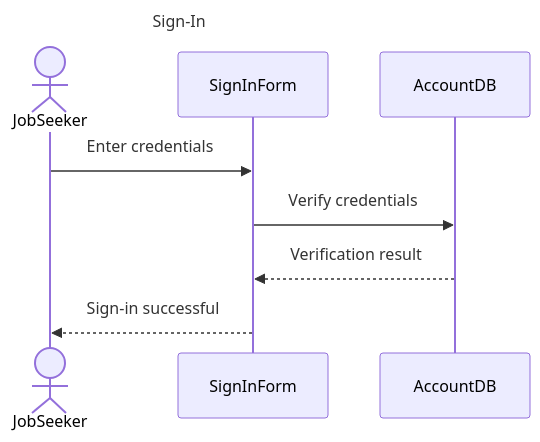
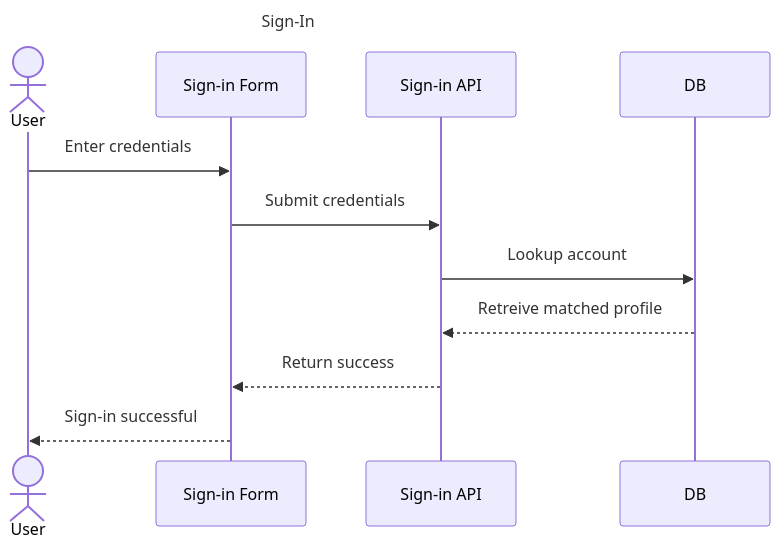
Before and after one commit to emd5953/NextStep: the diagram in docs/all-diagrams-source-files/sequence-diagrams/sign-in.md, drawn with Mermaid. The commit also changed 40 other files, not shown here.

Commit message:
updated diagrams

````diff
--- a/docs/all-diagrams-source-files/sequence-diagrams/sign-in.md
+++ b/docs/all-diagrams-source-files/sequence-diagrams/sign-in.md
@@ -1,10 +1,12 @@
 ```mermaid
 sequenceDiagram
     title Sign-In
-    actor JobSeeker
-    JobSeeker ->> SignInForm: Enter credentials
-    SignInForm ->> AccountDB: Verify credentials
-    AccountDB -->> SignInForm: Verification result
-    SignInForm -->> JobSeeker: Sign-in successful
+    actor User
+    User ->> Sign-in Form: Enter credentials
+    Sign-in Form ->> Sign-in API: Submit credentials
+    Sign-in API ->> DB: Lookup account
+    DB -->> Sign-in API: Retreive matched profile
+    Sign-in API -->> Sign-in Form: Return success  
+    Sign-in Form -->> User: Sign-in successful
 
 ```
````
